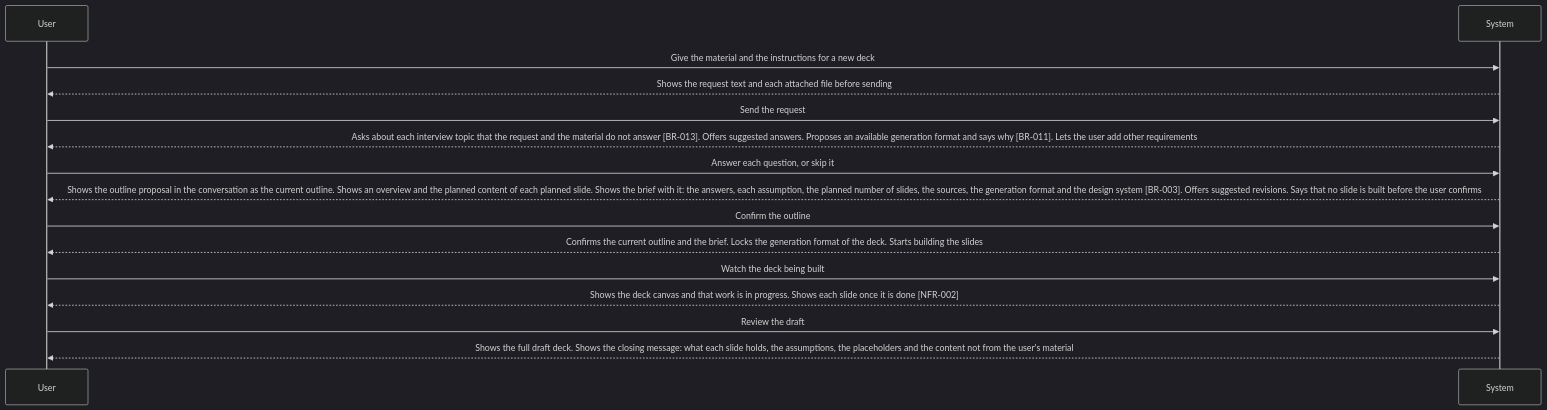
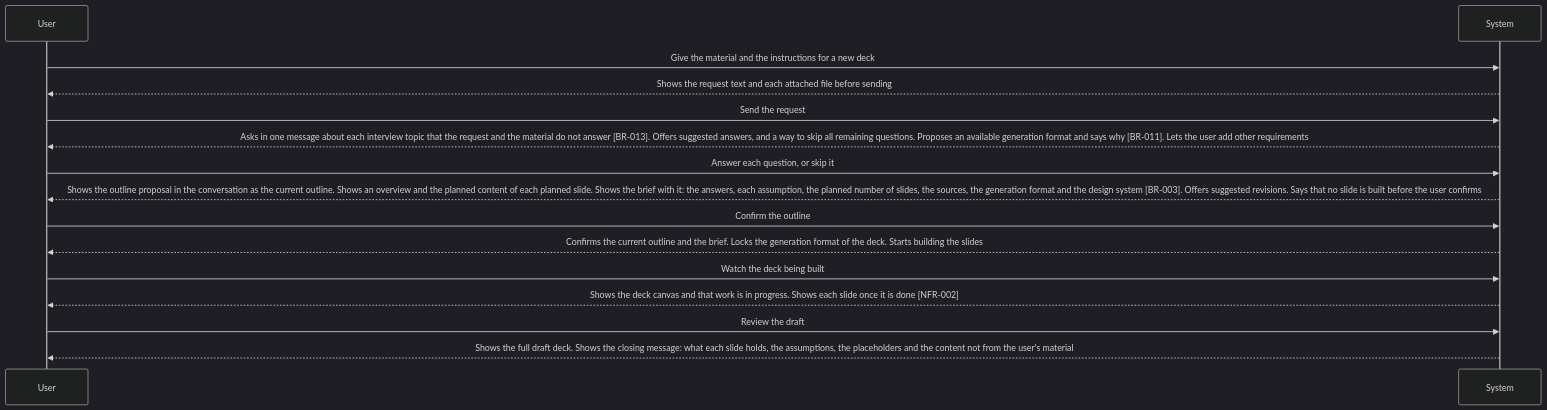
Before and after one commit to Luke23127006/DeckAgent: the diagram in dev/spec/02-use-cases/UC-001.md, drawn with Mermaid (dark theme). The commit also changed other lines of this file and 12 other files, not shown here.

````diff
--- a/dev/spec/02-use-cases/UC-001.md
+++ b/dev/spec/02-use-cases/UC-001.md
@@ -16,17 +16,17 @@
 ```mermaid
 sequenceDiagram
   participant U as User
   participant S as System
   U->>S: Give the material and the instructions for a new deck
   S-->>U: Shows the request text and each attached file before sending
   U->>S: Send the request
-  S-->>U: Asks about each interview topic that the request and the material do not answer [BR-013]. Offers suggested answers. Proposes an available generation format and says why [BR-011]. Lets the user add other requirements
+  S-->>U: Asks in one message about each interview topic that the request and the material do not answer [BR-013]. Offers suggested answers, and a way to skip all remaining questions. Proposes an available generation format and says why [BR-011]. Lets the user add other requirements
   U->>S: Answer each question, or skip it
   S-->>U: Shows the outline proposal in the conversation as the current outline. Shows an overview and the planned content of each planned slide. Shows the brief with it: the answers, each assumption, the planned number of slides, the sources, the generation format and the design system [BR-003]. Offers suggested revisions. Says that no slide is built before the user confirms
   U->>S: Confirm the outline
   S-->>U: Confirms the current outline and the brief. Locks the generation format of the deck. Starts building the slides
   U->>S: Watch the deck being built
   S-->>U: Shows the deck canvas and that work is in progress. Shows each slide once it is done [NFR-002]
   U->>S: Review the draft
   S-->>U: Shows the full draft deck. Shows the closing message: what each slide holds, the assumptions, the placeholders and the content not from the user's material
 ```
````
